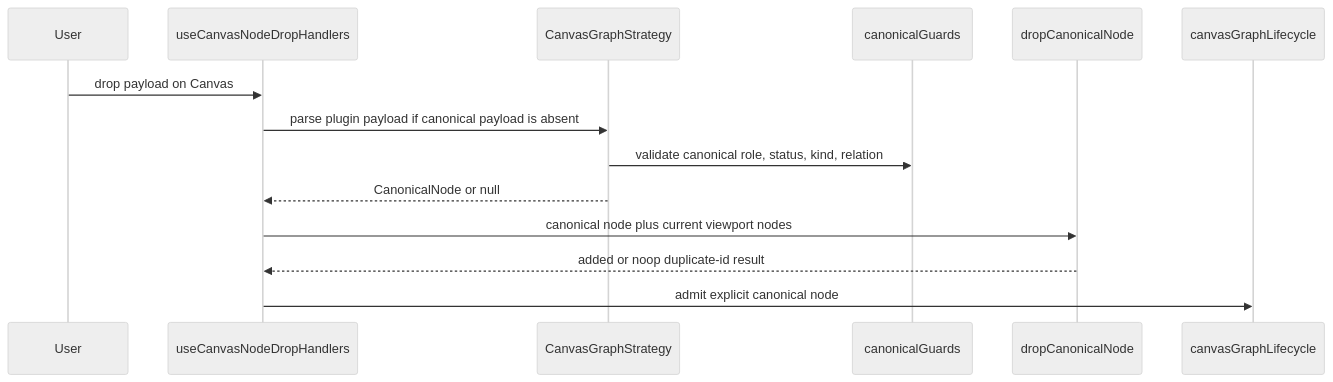
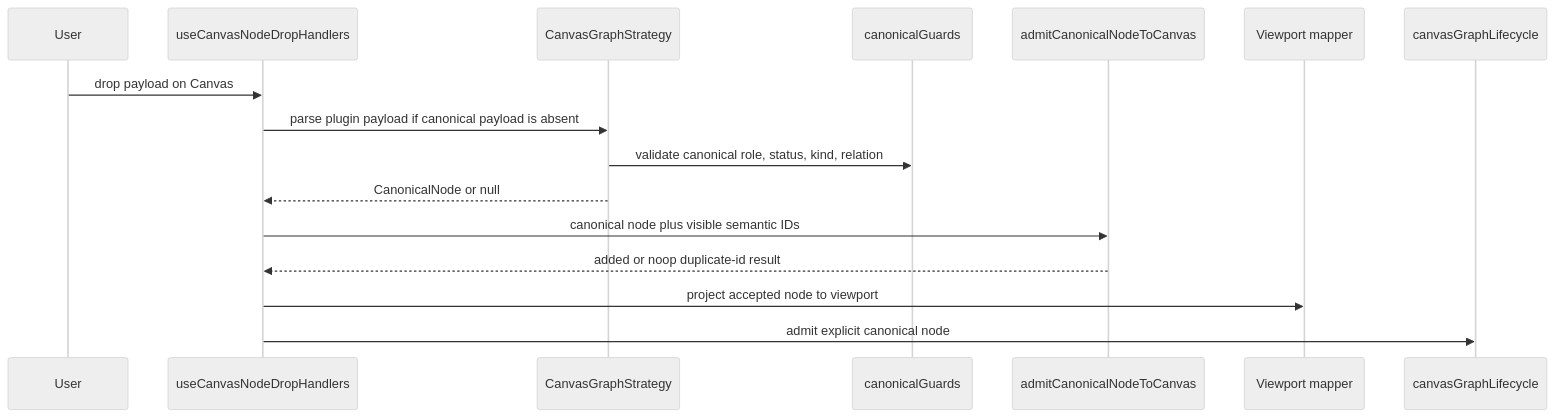
Before and after one commit to dunay2/dvt: the second of 2 diagrams in docs/planning/closeouts/20260425-canvas-graph-strategy-policy-qa-closeout.md, drawn with Mermaid (neutral theme). The commit also changed other lines of this file and 5 other files, not shown here.

Commit message:
docs(docs): Update Canvas graph strategy boundary docs

````diff
--- a/docs/planning/closeouts/20260425-canvas-graph-strategy-policy-qa-closeout.md
+++ b/docs/planning/closeouts/20260425-canvas-graph-strategy-policy-qa-closeout.md
@@ -113,17 +119,19 @@
 ```mermaid
 sequenceDiagram
   participant User
   participant Handler as useCanvasNodeDropHandlers
   participant Strategy as CanvasGraphStrategy
   participant Guards as canonicalGuards
-  participant Drop as dropCanonicalNode
+  participant Admission as admitCanonicalNodeToCanvas
+  participant Mapper as Viewport mapper
   participant Lifecycle as canvasGraphLifecycle
 
   User->>Handler: drop payload on Canvas
   Handler->>Strategy: parse plugin payload if canonical payload is absent
   Strategy->>Guards: validate canonical role, status, kind, relation
   Strategy-->>Handler: CanonicalNode or null
-  Handler->>Drop: canonical node plus current viewport nodes
-  Drop-->>Handler: added or noop duplicate-id result
+  Handler->>Admission: canonical node plus visible semantic IDs
+  Admission-->>Handler: added or noop duplicate-id result
+  Handler->>Mapper: project accepted node to viewport
   Handler->>Lifecycle: admit explicit canonical node
 ```
````
